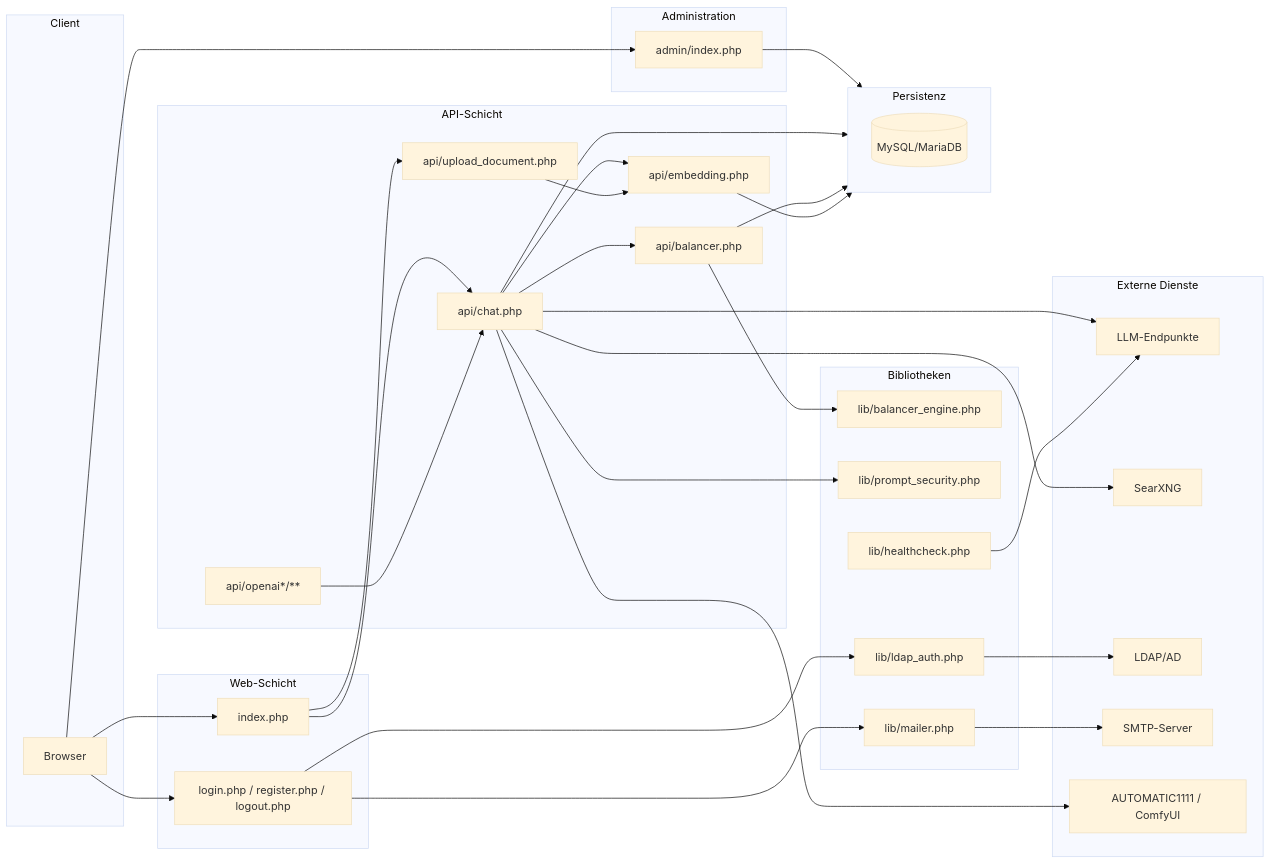
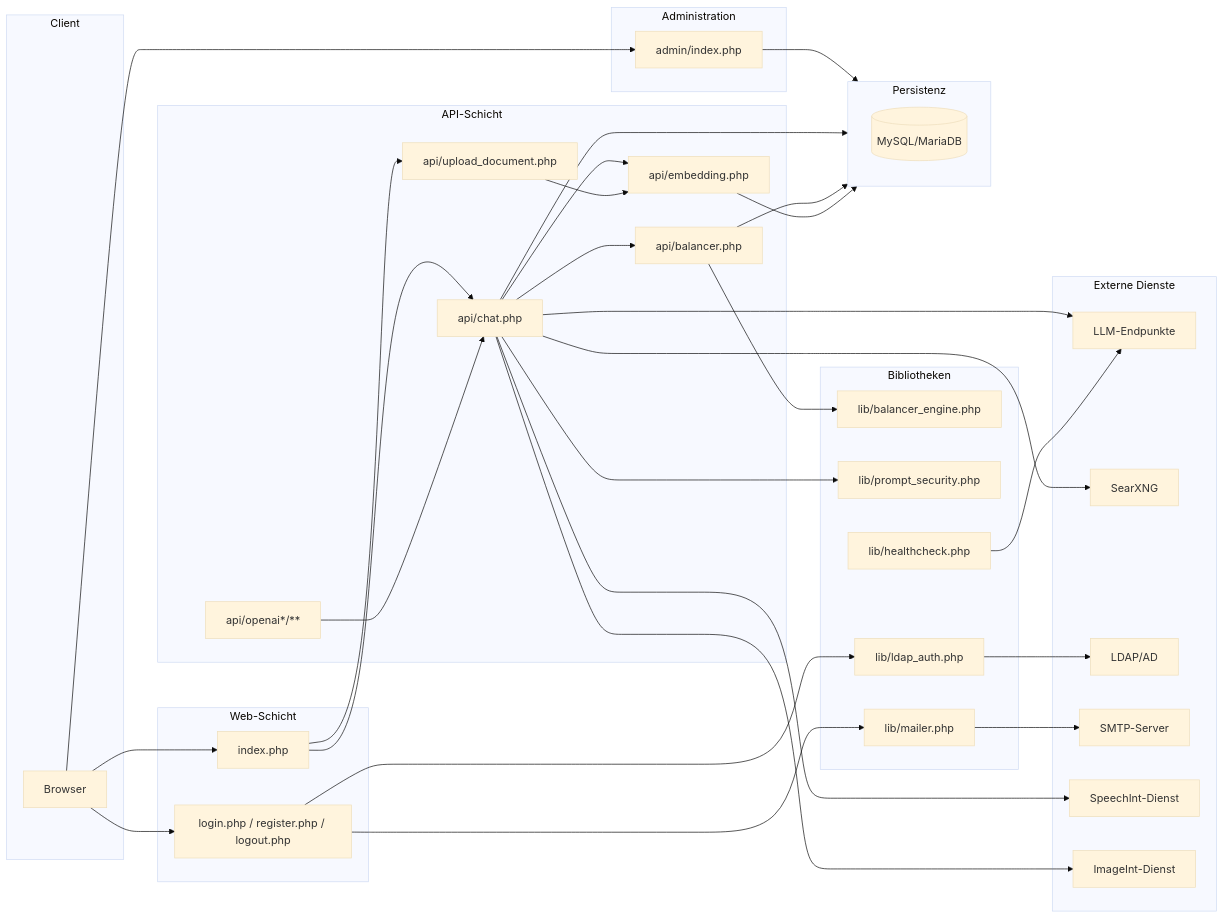
Before and after one commit to dareinelt/LLMInt: the first of 5 diagrams in docs/architecture.md, drawn with Mermaid (base theme). The commit also changed other lines of this file and 31 other files, not shown here.

````diff
--- a/docs/architecture.md
+++ b/docs/architecture.md
@@ -51,61 +51,63 @@
 ```mermaid
 flowchart LR
     subgraph Client
         Browser
     end
     subgraph Web[Web-Schicht]
         Index[index.php]
         Login[login.php / register.php / logout.php]
     end
     subgraph API[API-Schicht]
         Chat[api/chat.php]
         Balancer[api/balancer.php]
         Embedding[api/embedding.php]
         Upload[api/upload_document.php]
         OpenAI[api/openai*/**]
     end
     subgraph Lib[Bibliotheken]
         BalEngine[lib/balancer_engine.php]
         PromptSec[lib/prompt_security.php]
         LdapAuth[lib/ldap_auth.php]
         Mailer[lib/mailer.php]
         Health[lib/healthcheck.php]
     end
     subgraph Admin[Administration]
         AdminIdx[admin/index.php]
     end
     subgraph DB[Persistenz]
         MySQL[(MySQL/MariaDB)]
     end
     subgraph Ext[Externe Dienste]
         LLM[LLM-Endpunkte]
         SearX[SearXNG]
         LDAP[LDAP/AD]
         SMTP[SMTP-Server]
-        SD[AUTOMATIC1111 / ComfyUI]
+        Speech[SpeechInt-Dienst]
+        Image[ImageInt-Dienst]
     end
 
     Browser --> Index
     Browser --> Login
     Browser --> AdminIdx
     Index --> Chat
     Index --> Upload
     Chat --> Balancer
     Chat --> Embedding
     Chat --> PromptSec
     Chat --> SearX
-    Chat --> SD
+    Chat --> Speech
+    Chat --> Image
     Balancer --> BalEngine
     Upload --> Embedding
     Login --> LdapAuth
     Login --> Mailer
     Chat --> LLM
     OpenAI --> Chat
     AdminIdx --> DB
     Chat --> DB
     Balancer --> DB
     Embedding --> DB
     Health --> LLM
     LdapAuth --> LDAP
     Mailer --> SMTP
 ```
````
